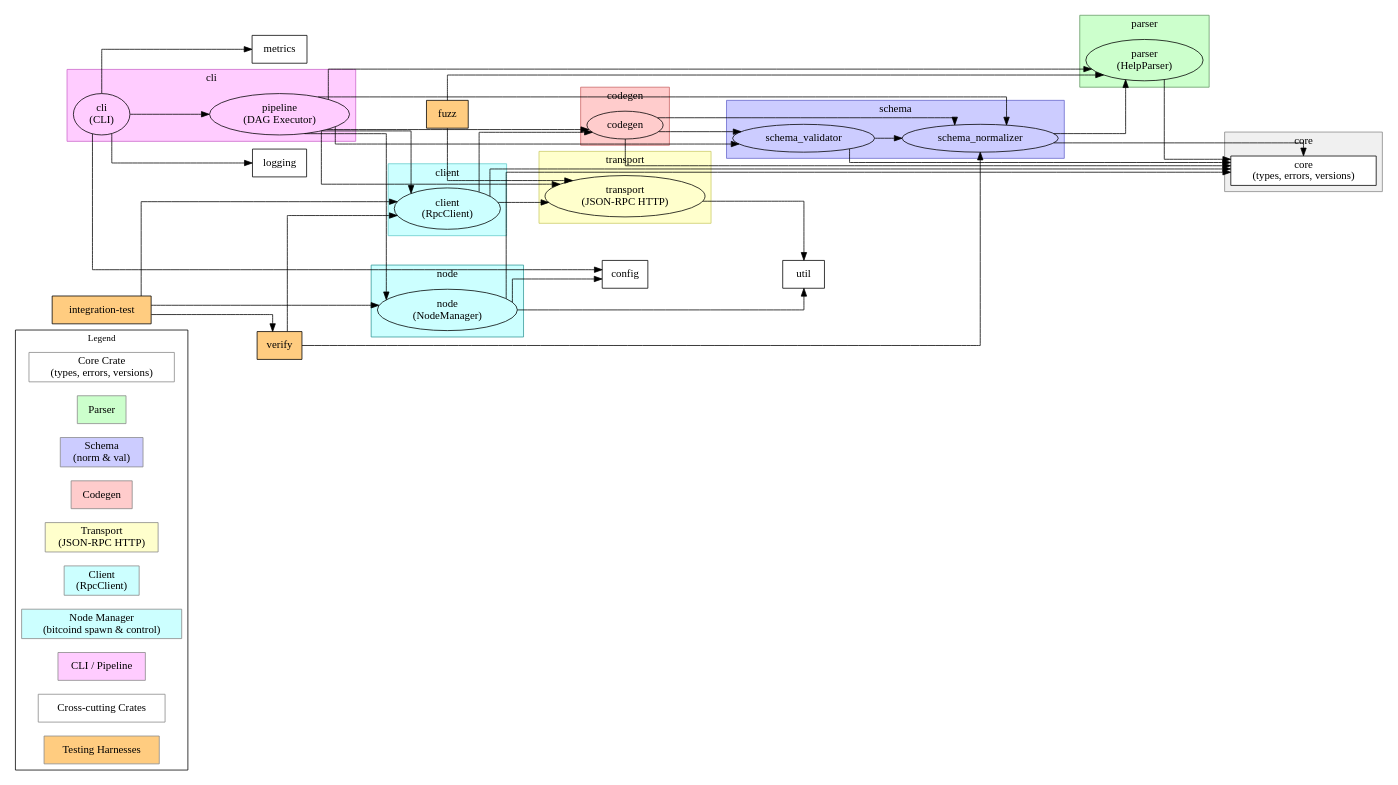
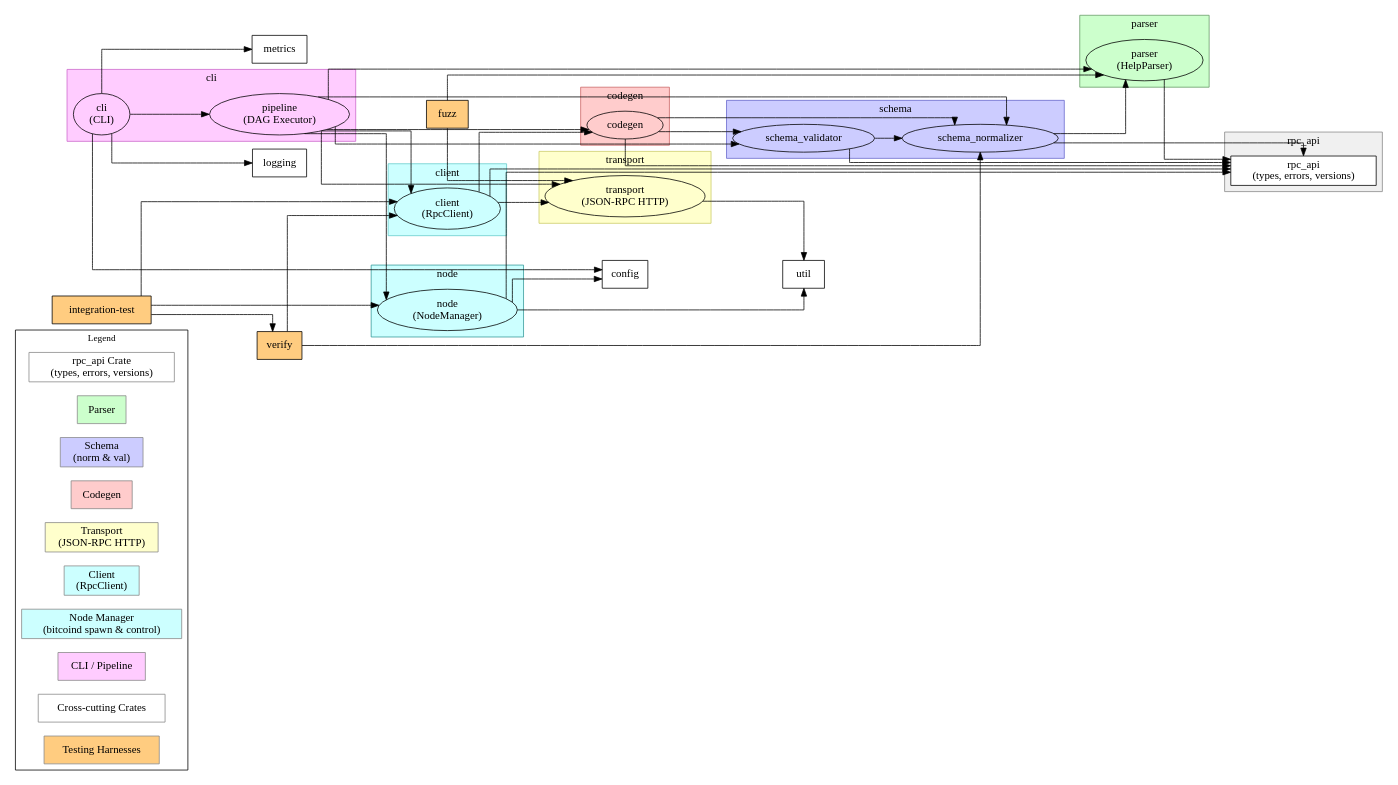
The diagram in docs/structure.dot (nervana21/bitcoin-rpc-codegen), drawn with Graphviz before and after one commit. The commit also changed 4 other files, not shown here.

First line of the commit message:
refactor(rpc_api): Rename `core`

```diff
--- a/docs/structure.dot
+++ b/docs/structure.dot
@@ -1,117 +1,117 @@
 digraph BitcoinRpcCodegen {
   graph [rankdir=LR, splines=ortho];
 
   // ───────────── Legend ─────────────
   subgraph cluster_legend {
     rank = min;
     label="Legend"; fontsize=12;
     node [shape=box style=filled];
-    legend_core     [label="Core Crate\n(types, errors, versions)" fillcolor="#ffffff" color="#888888"];
-    legend_parser   [label="Parser" fillcolor="#ccffcc" color="#888888"];
-    legend_schema   [label="Schema\n(norm & val)" fillcolor="#ccccff" color="#888888"];
-    legend_codegen  [label="Codegen" fillcolor="#ffcccc" color="#888888"];
-    legend_transport[label="Transport\n(JSON‑RPC HTTP)" fillcolor="#ffffcc" color="#888888"];
-    legend_client   [label="Client\n(RpcClient)" fillcolor="#ccffff" color="#888888"];
-    legend_node_mgr [label="Node Manager\n(bitcoind spawn & control)" fillcolor="#ccffff" color="#888888"];
-    legend_cli      [label="CLI / Pipeline" fillcolor="#ffccff" color="#888888"];
-    legend_cross    [label="Cross‑cutting Crates" fillcolor="#ffffff" color="#888888"];
-    legend_tests    [label="Testing Harnesses" fillcolor="#ffcc80" color="#888888"];
+    legend_rpc_api   [label="rpc_api Crate\n(types, errors, versions)" fillcolor="#ffffff" color="#888888"];
+    legend_parser    [label="Parser" fillcolor="#ccffcc" color="#888888"];
+    legend_schema    [label="Schema\n(norm & val)" fillcolor="#ccccff" color="#888888"];
+    legend_codegen   [label="Codegen" fillcolor="#ffcccc" color="#888888"];
+    legend_transport [label="Transport\n(JSON‑RPC HTTP)" fillcolor="#ffffcc" color="#888888"];
+    legend_client    [label="Client\n(RpcClient)" fillcolor="#ccffff" color="#888888"];
+    legend_node_mgr  [label="Node Manager\n(bitcoind spawn & control)" fillcolor="#ccffff" color="#888888"];
+    legend_cli       [label="CLI / Pipeline" fillcolor="#ffccff" color="#888888"];
+    legend_cross     [label="Cross‑cutting Crates" fillcolor="#ffffff" color="#888888"];
+    legend_tests     [label="Testing Harnesses" fillcolor="#ffcc80" color="#888888"];
   }
 
-  // ───────────── Core crate ─────────────
-  subgraph cluster_core {
-    label="core"; style=filled; fillcolor="#f0f0f0"; color="#888888";
+  // ───────────── rpc_api crate ─────────────
+  subgraph cluster_rpc_api {
+    label="rpc_api"; style=filled; fillcolor="#f0f0f0"; color="#888888";
     node [shape=box style=filled fillcolor="#ffffff" color="#000000"];
-    core [label="core\n(types, errors, versions)"];
+    rpc_api [label="rpc_api\n(types, errors, versions)"];
   }
 
   // ───────────── Parser crate ─────────────
   subgraph cluster_parser {
     label="parser"; style=filled; fillcolor="#ccffcc"; color="#669966";
     parser [label="parser\n(HelpParser)"];
   }
 
   // ───────────── Schema crate ─────────────
   subgraph cluster_schema {
     label="schema"; style=filled; fillcolor="#ccccff"; color="#6666CC";
     schema_norm [label="schema_normalizer"];
     schema_val  [label="schema_validator"];
   }
 
   // ───────────── Codegen crate ─────────────
   subgraph cluster_codegen {
     label="codegen"; style=filled; fillcolor="#ffcccc"; color="#CC6666";
     codegen [label="codegen"];
   }
 
   // ───────────── Transport crate ─────────────
   subgraph cluster_transport {
     label="transport"; style=filled; fillcolor="#ffffcc"; color="#CCCC66";
     transport [label="transport\n(JSON‑RPC HTTP)"];
   }
 
   // ───────────── Client crate ─────────────
   subgraph cluster_client {
     label="client"; style=filled; fillcolor="#ccffff"; color="#66CCCC";
     client [label="client\n(RpcClient)"];
   }
 
   // ───────────── Node Manager crate ─────────────
   subgraph cluster_node_mgr {
     label="node"; style=filled; fillcolor="#ccffff"; color="#339999";
     node_mgr [label="node\n(NodeManager)"];
   }
 
   // ───────────── CLI / Pipeline crate ─────────────
   subgraph cluster_cli {
     label="cli"; style=filled; fillcolor="#ffccff"; color="#CC66CC";
     pipeline [label="pipeline\n(DAG Executor)"];
     cli_app  [label="cli\n(CLI)"];
   }
 
   // ───────────── Cross‑cutting crates ─────────────
   config  [label="config"  shape=box style=filled fillcolor="#ffffff"];
   util    [label="util"    shape=box style=filled fillcolor="#ffffff"];
   logging [label="logging" shape=box style=filled fillcolor="#ffffff"];
   metrics [label="metrics" shape=box style=filled fillcolor="#ffffff"];
 
   // ───────────── Testing harnesses ─────────────
   integration_test [label="integration-test" shape=box style=filled fillcolor="#ffcc80"];
   fuzz             [label="fuzz"            shape=box style=filled fillcolor="#ffcc80"];
   verify           [label="verify"          shape=box style=filled fillcolor="#ffcc80"];
 
   // ───────────── Dependencies ─────────────
-  parser           -> core;
+  parser           -> rpc_api;
   schema_norm      -> parser;
-  schema_norm      -> core;
+  schema_norm      -> rpc_api;
   schema_val       -> schema_norm;
-  schema_val       -> core;
+  schema_val       -> rpc_api;
   codegen          -> schema_norm;
   codegen          -> schema_val;
-  codegen          -> core;
+  codegen          -> rpc_api;
   transport        -> util;
   client           -> codegen;
   client           -> transport;
-  client           -> core;
-  node_mgr         -> core;
+  client           -> rpc_api;
+  node_mgr         -> rpc_api;
   node_mgr         -> util;
   node_mgr         -> config;
   pipeline         -> parser;
   pipeline         -> schema_norm;
   pipeline         -> schema_val;
   pipeline         -> codegen;
   pipeline         -> transport;
   pipeline         -> client;
   pipeline         -> node_mgr;
   cli_app          -> pipeline;
   cli_app          -> config;
   cli_app          -> logging;
   cli_app          -> metrics;
   integration_test -> node_mgr;
   integration_test -> client;
   integration_test -> verify;
   fuzz             -> parser;
   fuzz             -> transport;
   verify           -> client;
   verify           -> schema_norm;
 }
```
